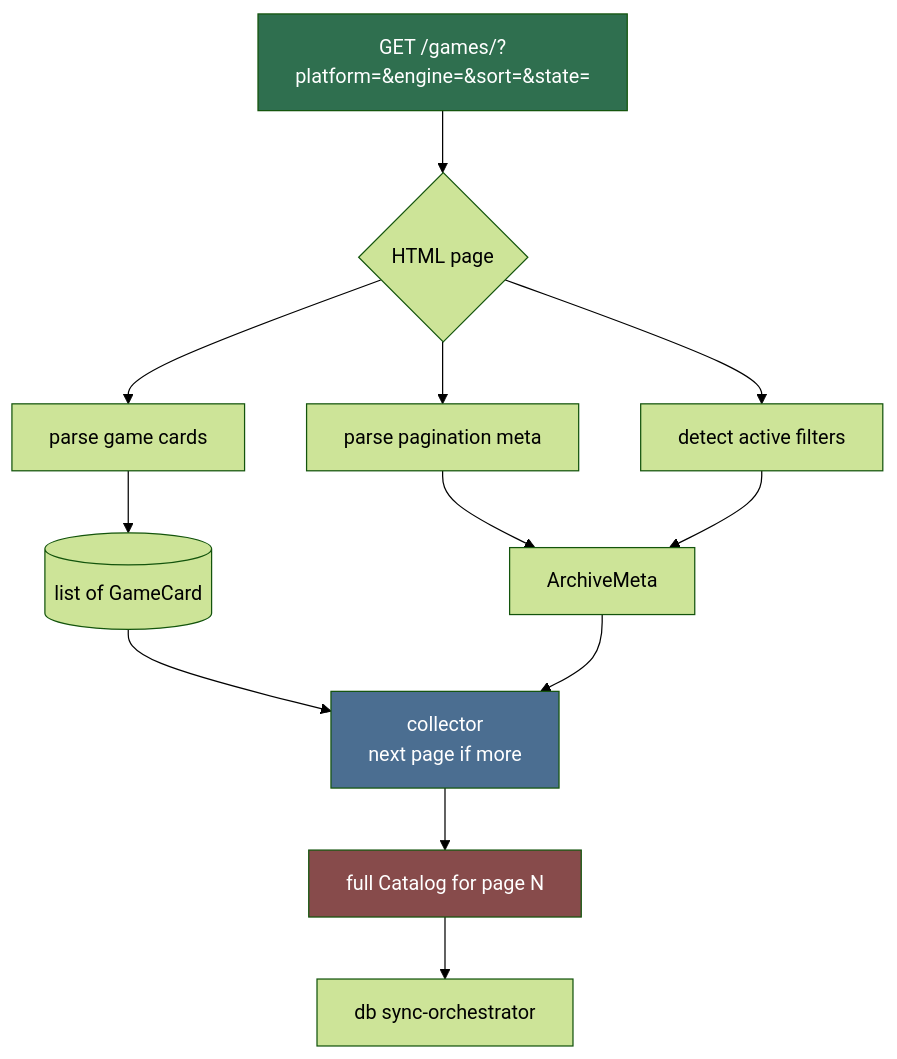
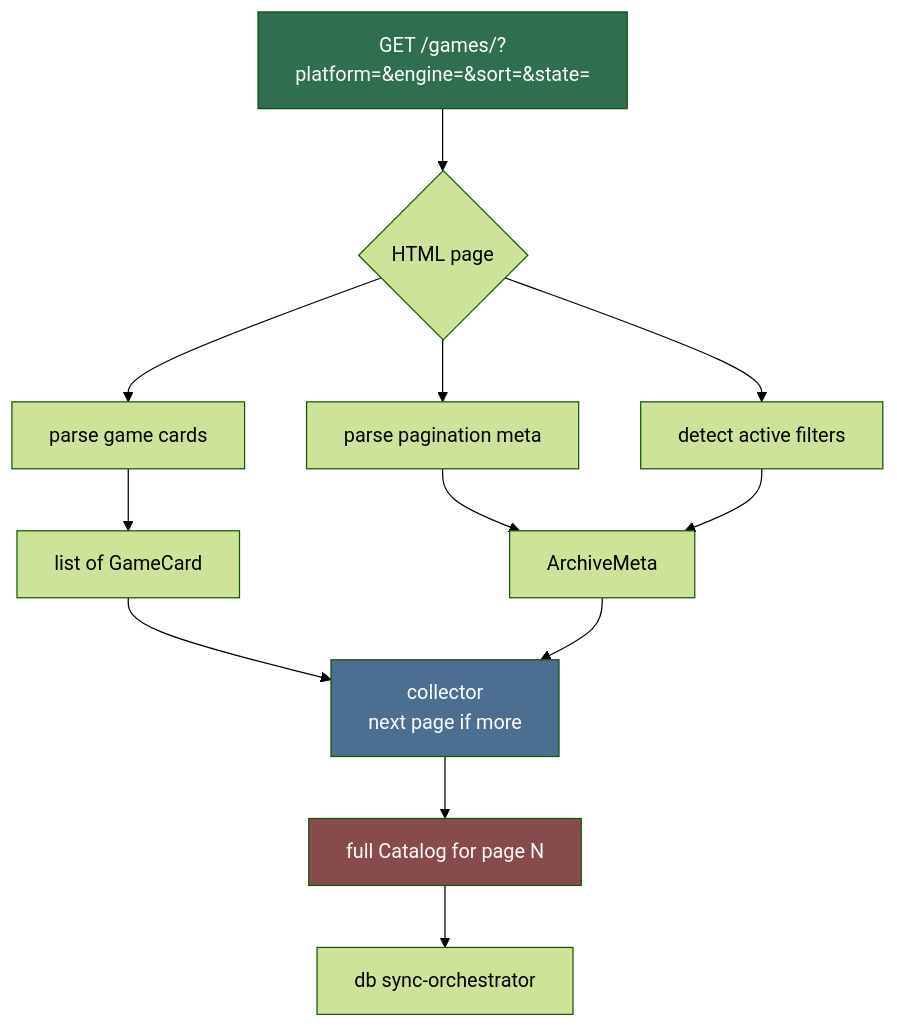
The diagram in .agents/agents/scraper/archive-scraper/archive-scraper.md (HELIX-Origin/LewdZone-Launcher), drawn with Mermaid (forest theme) before and after one commit. The commit also changed 35 other files, not shown here.

First line of the commit message:
🎨 fix(agents): make all mermaid diagrams Rule 09 compliant

````diff
--- a/.agents/agents/scraper/archive-scraper/archive-scraper.md
+++ b/.agents/agents/scraper/archive-scraper/archive-scraper.md
@@ -43,18 +43,18 @@
 ```mermaid
 flowchart TD
-    A[GET /games/?platform=&engine=&sort=&state=] --> B{HTML page}
+    A["GET /games/?platform=&engine=&sort=&state="] --> B{HTML page}
     B --> C[parse game cards]
     B --> D[parse pagination meta]
     B --> E[detect active filters]
-    C --> F[(list of GameCard)]
+    C --> F["list of GameCard"]
     D --> G[ArchiveMeta]
     E --> G
-    F --> H[collector<br/>next page if more]
+    F --> H["collector<br/>next page if more"]
     G --> H
     H --> I[full Catalog for page N]
     I --> J[db sync-orchestrator]
 
     style A fill:#2f6f4f,color:#fff
     style H fill:#4b6e91,color:#fff
     style I fill:#874b4b,color:#fff
 ```
````
